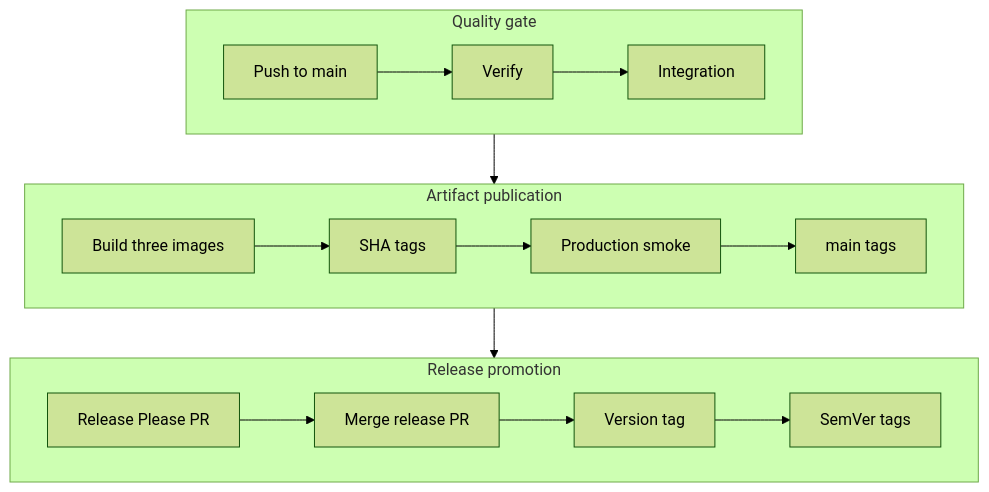
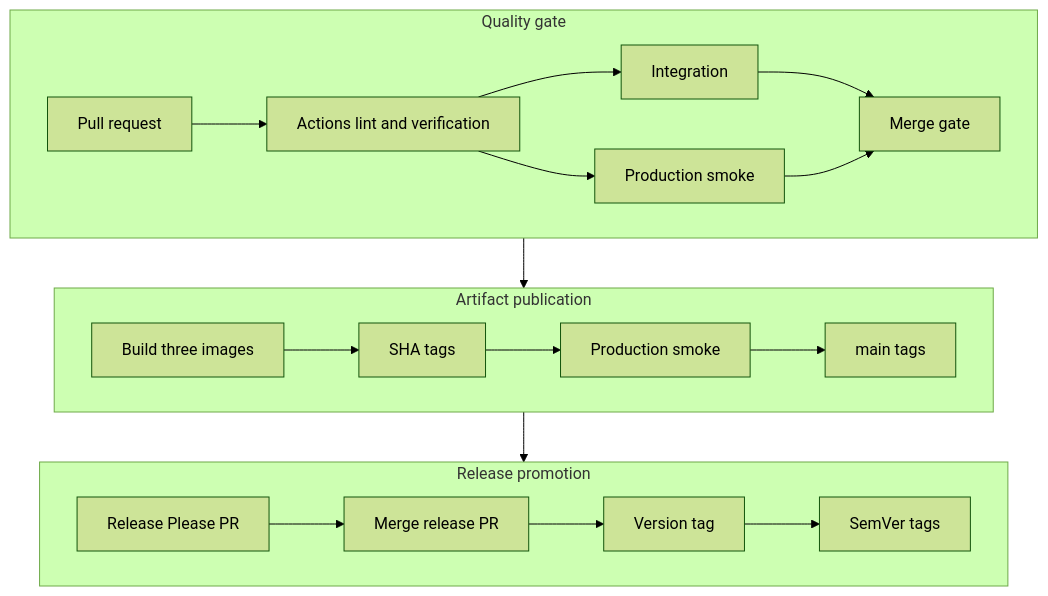
The first of 2 diagrams in docs/release-process.md (jakobzagar/Fit-Track), drawn with Mermaid (forest theme) before and after one commit. The commit also changed other lines of this file and 3 other files, not shown here.

Commit message:
ci: validate production images before merge

````diff
--- a/docs/release-process.md
+++ b/docs/release-process.md
@@ -7,25 +7,28 @@
 ```mermaid
 flowchart TB
     subgraph Quality[Quality gate]
         direction LR
-        Push[Push to main] --> Verify[Verify]
-        Verify --> Integration[Integration]
+        PR[Pull request] --> Checks[Actions lint and verification]
+        Checks --> Integration[Integration]
+        Checks --> SourceSmoke[Production smoke]
+        Integration --> Gate[Merge gate]
+        SourceSmoke --> Gate
     end
 
     subgraph Artifacts[Artifact publication]
         direction LR
         Build[Build three images] --> Sha[SHA tags]
         Sha --> Smoke[Production smoke]
         Smoke --> Main[main tags]
     end
 
     subgraph Release[Release promotion]
         direction LR
         ReleasePR[Release Please PR] --> Merge[Merge release PR]
         Merge --> Tag[Version tag]
         Tag --> SemVer[SemVer tags]
     end
 
-    Integration --> Build
+    Gate --> Build
     Main --> ReleasePR
 ```
````
